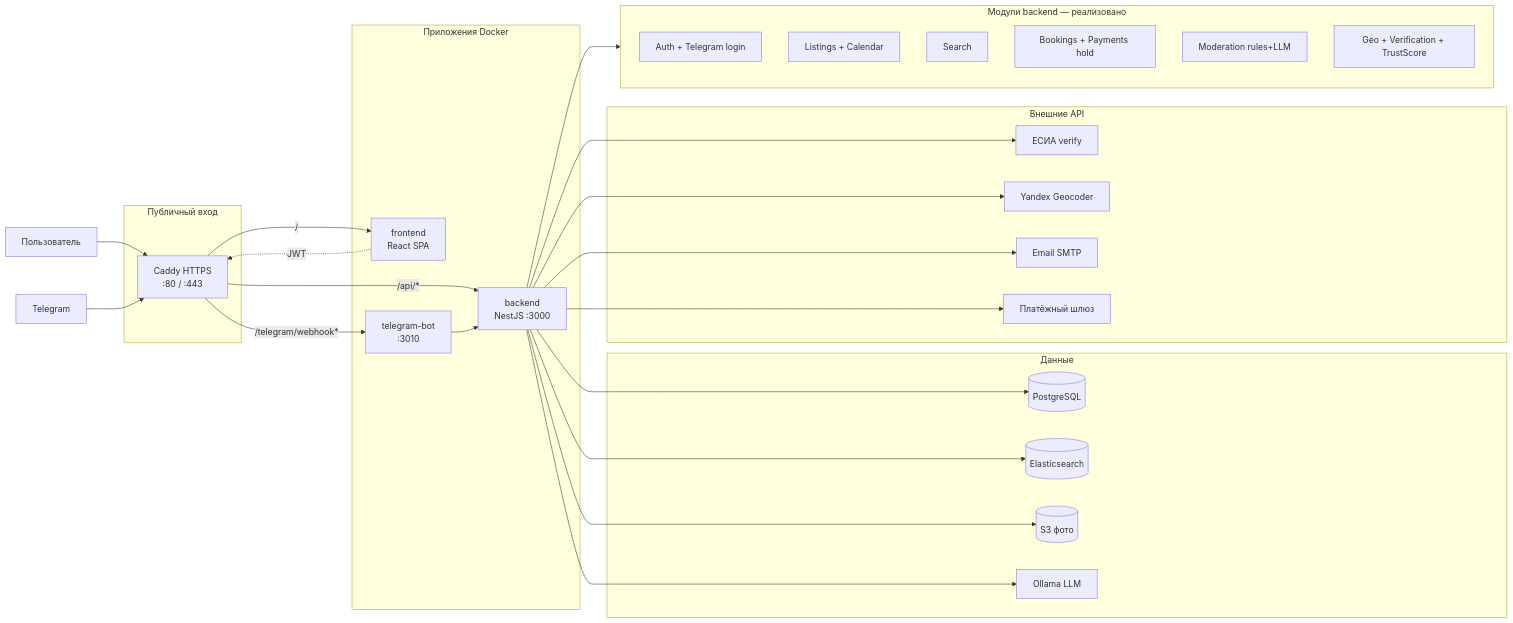
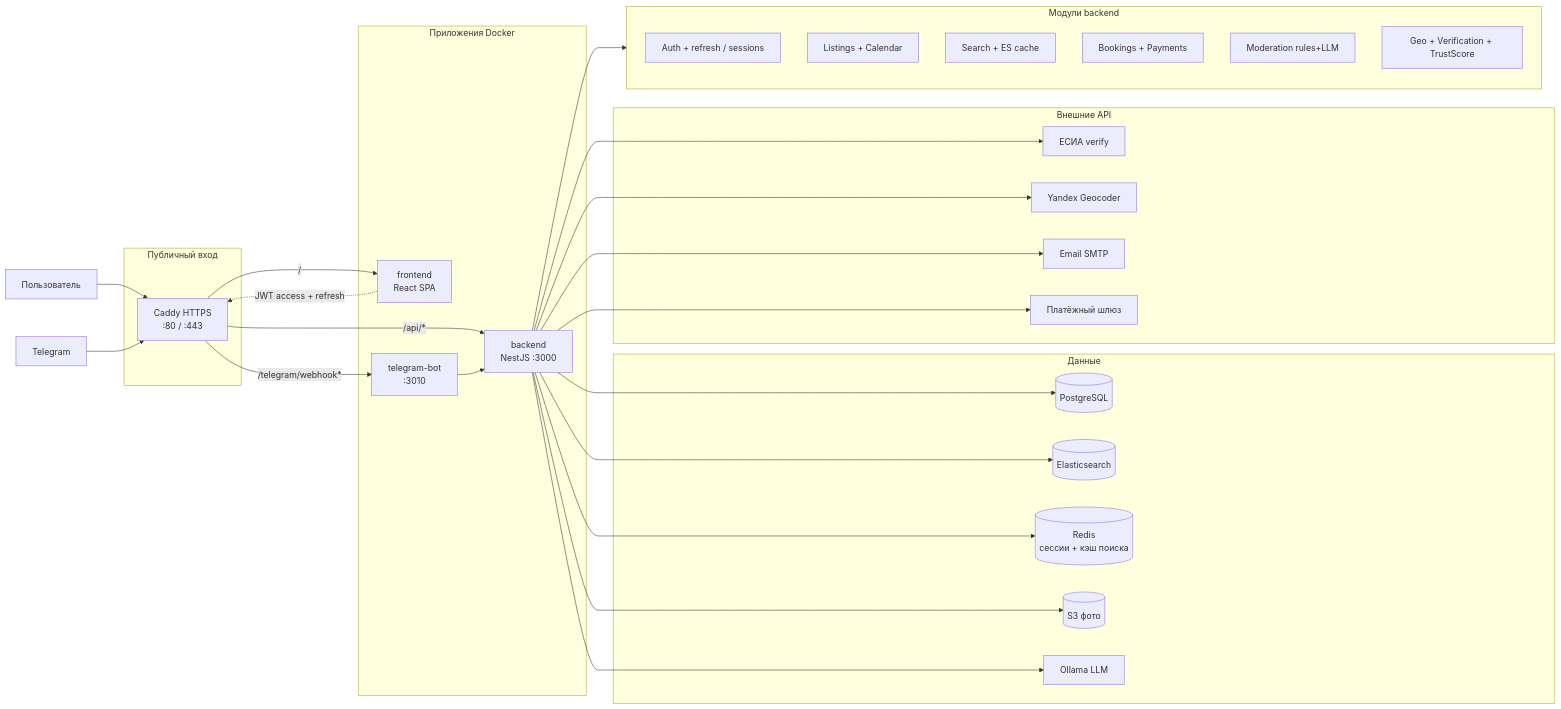
The diagram in docs/flowshart/flowchart.md (Rento-devteam/Rento), drawn with Mermaid before and after one commit. The commit also changed other lines of this file and 16 other files, not shown here.

````diff
--- a/docs/flowshart/flowchart.md
+++ b/docs/flowshart/flowchart.md
@@ -5,59 +5,61 @@
 ```mermaid
 flowchart LR
     User[Пользователь]
     TG[Telegram]
 
     subgraph Edge [Публичный вход]
         Caddy[Caddy HTTPS<br/>:80 / :443]
     end
 
     subgraph Apps [Приложения Docker]
         FE[frontend<br/>React SPA]
         API[backend<br/>NestJS :3000]
         Bot[telegram-bot<br/>:3010]
     end
 
     subgraph Data [Данные]
         PG[(PostgreSQL)]
         ES[(Elasticsearch)]
+        R[(Redis<br/>сессии + кэш поиска)]
         S3[(S3 фото)]
         Ollama[Ollama LLM]
     end
 
     subgraph External [Внешние API]
         ESIA[ЕСИА verify]
         YGeo[Yandex Geocoder]
         SMTP[Email SMTP]
         Pay[Платёжный шлюз]
     end
 
     User --> Caddy
     TG --> Caddy
     Caddy -->|/| FE
     Caddy -->|/api/*| API
     Caddy -->|/telegram/webhook*| Bot
 
-    FE -.->|JWT| Caddy
+    FE -.->|JWT access + refresh| Caddy
     Bot --> API
 
     API --> PG
     API --> ES
+    API --> R
     API --> S3
     API --> Ollama
     API --> ESIA
     API --> YGeo
     API --> SMTP
     API --> Pay
 
-    subgraph API_Modules [Модули backend — реализовано]
+    subgraph API_Modules [Модули backend]
         direction TB
-        M1[Auth + Telegram login]
+        M1[Auth + refresh / sessions]
         M2[Listings + Calendar]
-        M3[Search]
-        M4[Bookings + Payments hold]
+        M3[Search + ES cache]
+        M4[Bookings + Payments]
         M5[Moderation rules+LLM]
         M6[Geo + Verification + TrustScore]
     end
 
     API --> API_Modules
 ```
````
